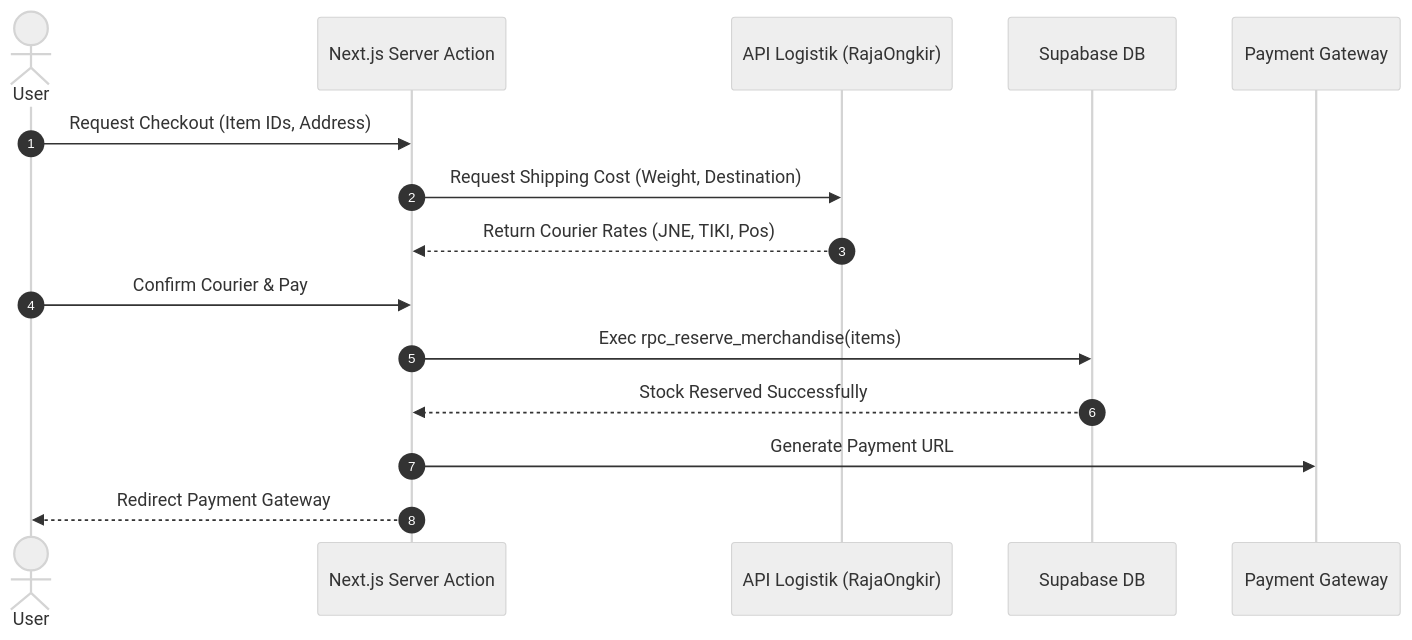
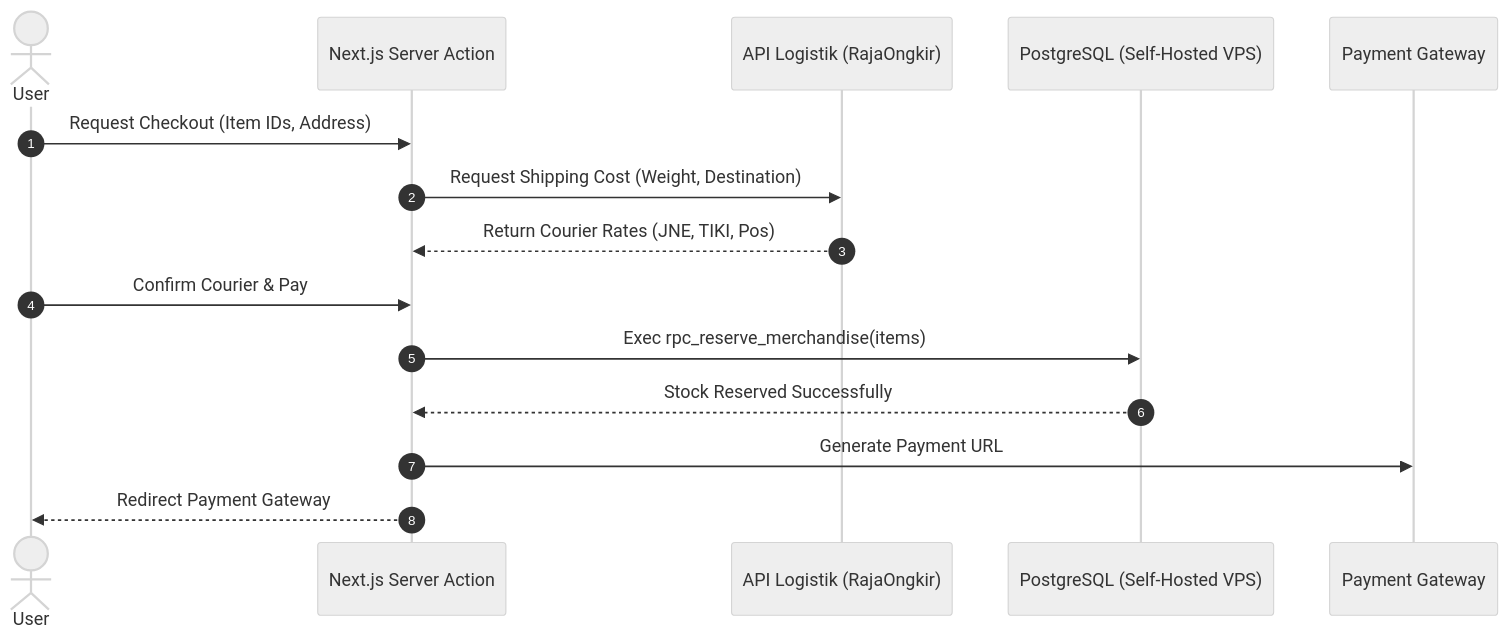
One commit to dreflabs/sukabumieundeur changed the second of 2 diagrams in docs/13-merchandise-store.md. Above: the diagram before and after it, drawn with Mermaid (neutral theme). The commit also changed other lines of this file and 37 other files, not shown here.

Commit message:
feat: initialize 100% self-hosted VPS codebase Next.js 16 + PostgreSQL + Tailwind v4 and update 27 documentation files

````diff
--- a/docs/13-merchandise-store.md
+++ b/docs/13-merchandise-store.md
@@ -105,18 +105,18 @@
 ```mermaid
 sequenceDiagram
     autonumber
     actor User
     participant App as Next.js Server Action
     participant Shipping as API Logistik (RajaOngkir)
-    participant DB as Supabase DB
+    participant DB as PostgreSQL (Self-Hosted VPS)
     participant PG as Payment Gateway
 
     User->>App: Request Checkout (Item IDs, Address)
     App->>Shipping: Request Shipping Cost (Weight, Destination)
     Shipping-->>App: Return Courier Rates (JNE, TIKI, Pos)
     User->>App: Confirm Courier & Pay
     App->>DB: Exec rpc_reserve_merchandise(items)
     DB-->>App: Stock Reserved Successfully
     App->>PG: Generate Payment URL
     App-->>User: Redirect Payment Gateway
 ```
````
